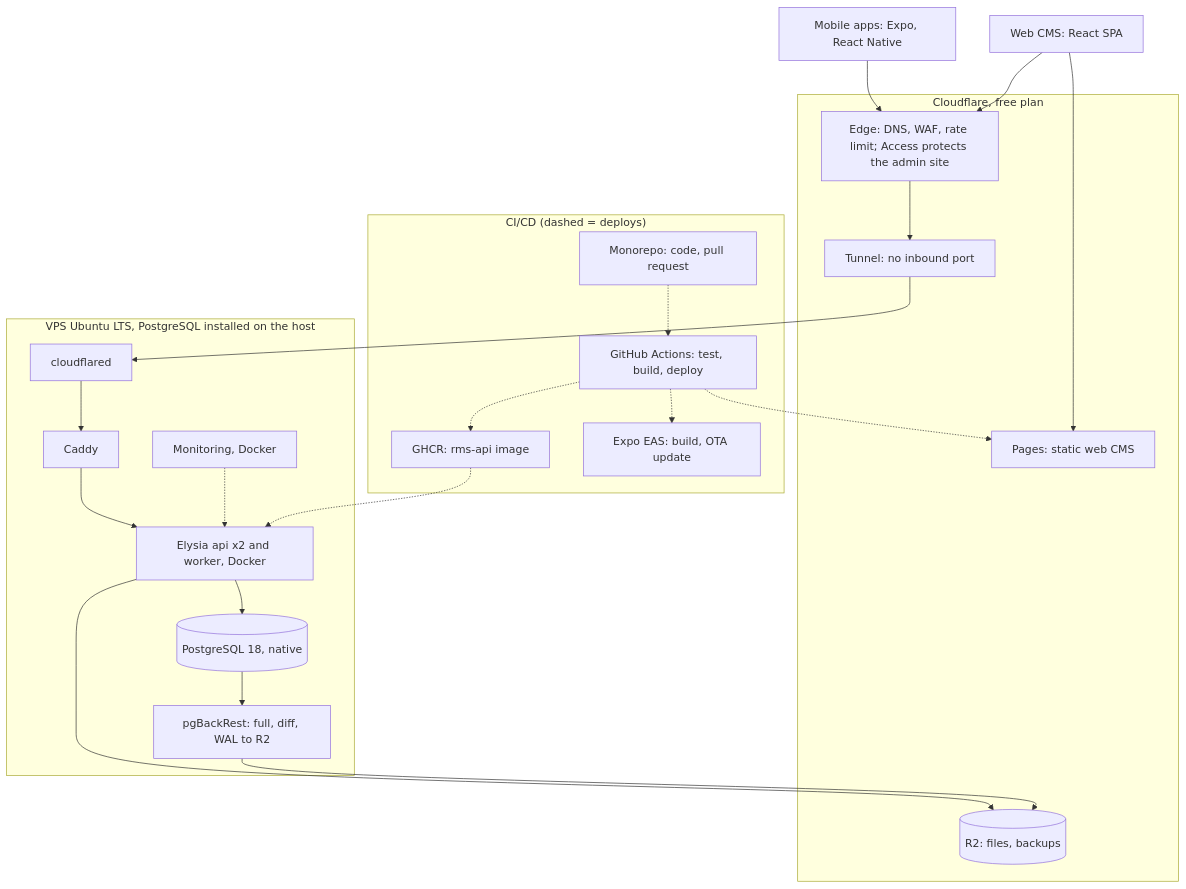
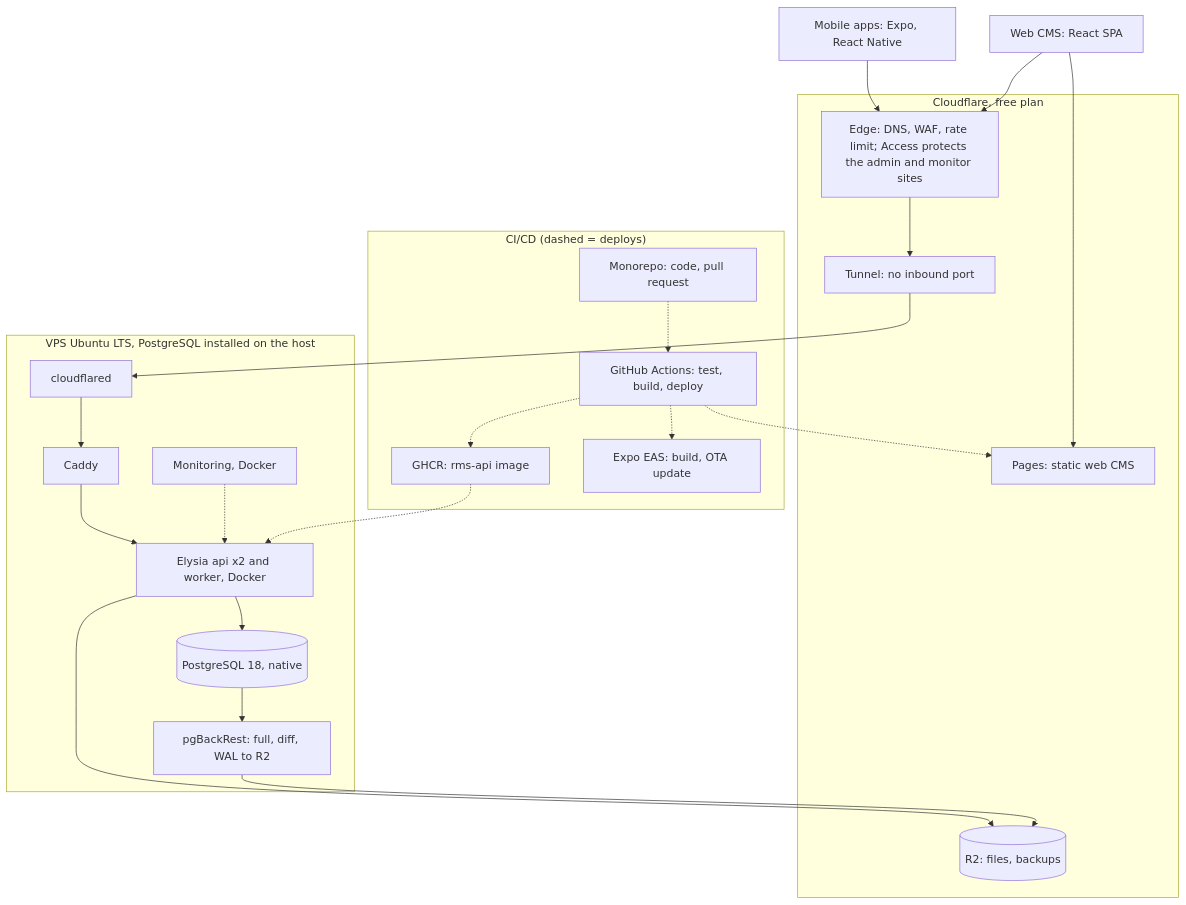
One commit to ninggiangboy/residential-management-system changed the third of 5 diagrams in docs/03-architecture/system-context-and-containers.md. Above: the diagram before and after it, drawn with Mermaid. The commit also changed other lines of this file and 6 other files, not shown here.

First line of the commit message:
docs: decide DR-88 (Grafana at monitor.<domain> behind Cloudflare Access) and propagate

````diff
--- a/docs/03-architecture/system-context-and-containers.md
+++ b/docs/03-architecture/system-context-and-containers.md
@@ -153,33 +153,33 @@
 ```mermaid
 flowchart TB
   subgraph CICD["CI/CD (dashed = deploys)"]
     MONO["Monorepo: code, pull request"] -.-> GHA["GitHub Actions: test, build, deploy"]
     GHA -.-> GHCR["GHCR: rms-api image"]
     GHA -.-> EAS["Expo EAS: build, OTA update"]
   end
   MOB["Mobile apps: Expo, React Native"] --> EDGE
   WEB["Web CMS: React SPA"] --> PAGES
   WEB --> EDGE
   GHA -.-> PAGES
   subgraph CF["Cloudflare, free plan"]
     PAGES["Pages: static web CMS"]
-    EDGE["Edge: DNS, WAF, rate limit; Access protects the admin site"]
+    EDGE["Edge: DNS, WAF, rate limit; Access protects the admin and monitor sites"]
     TUN["Tunnel: no inbound port"]
     R2[("R2: files, backups")]
     EDGE --> TUN
   end
   subgraph VPS["VPS Ubuntu LTS, PostgreSQL installed on the host"]
     CFD["cloudflared"]
     CADDY["Caddy"]
     APP["Elysia api x2 and worker, Docker"]
     MON["Monitoring, Docker"]
     PG[("PostgreSQL 18, native")]
     PGB["pgBackRest: full, diff, WAL to R2"]
     CFD --> CADDY --> APP --> PG --> PGB
     MON -.-> APP
   end
   TUN --> CFD
   APP --> R2
   PGB --> R2
   GHCR -.-> APP
 ```
````
